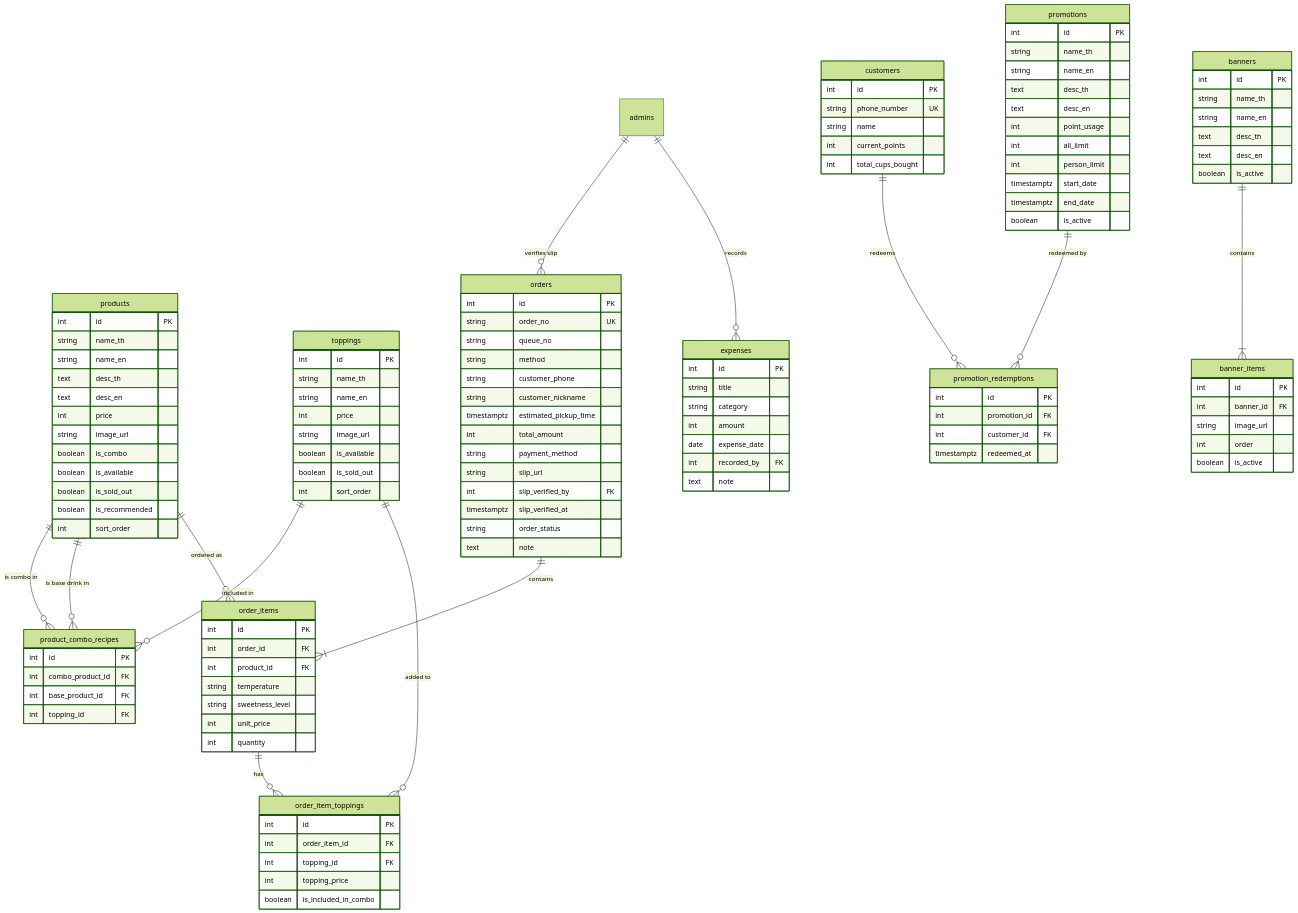
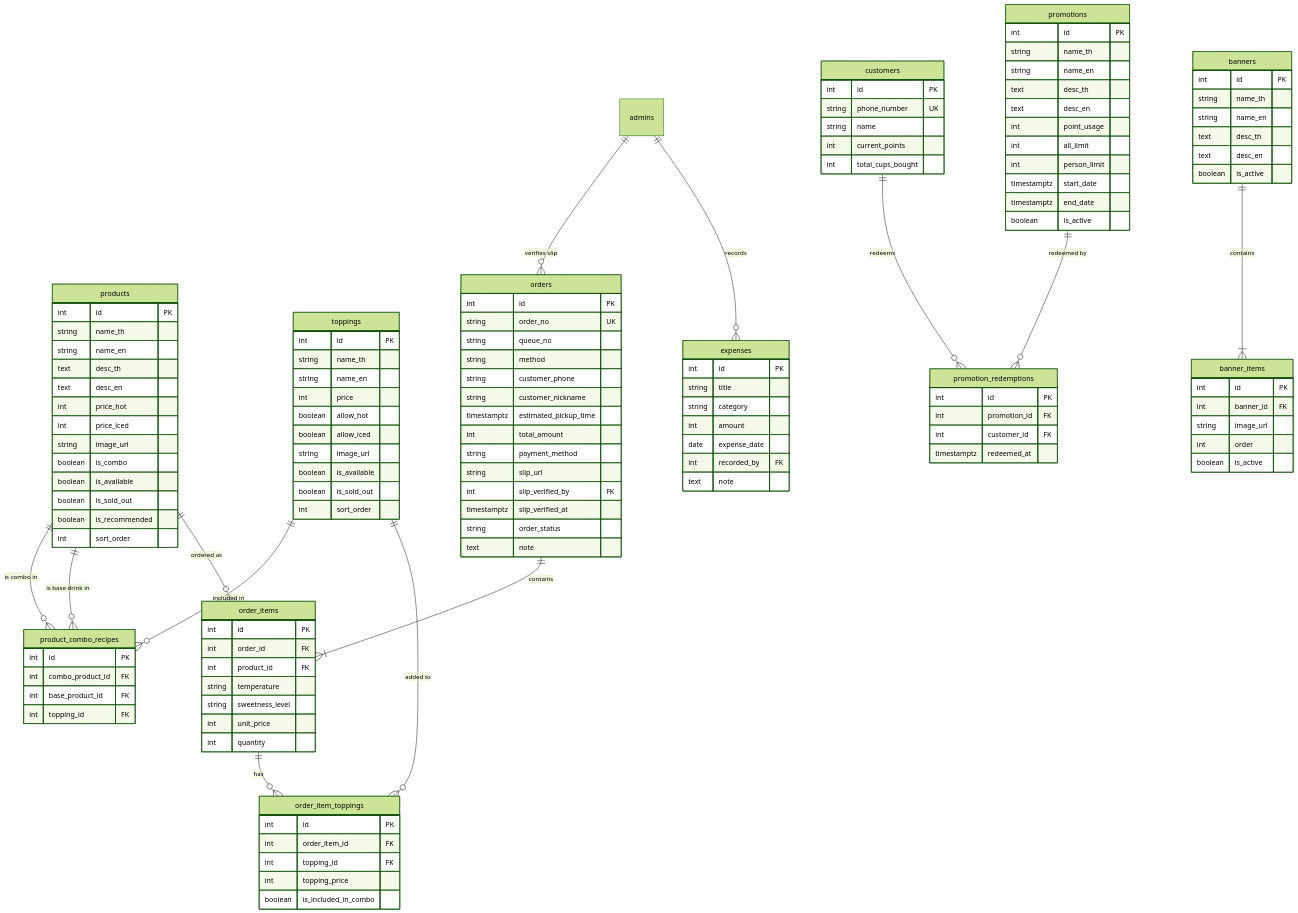
One commit to TongLongRidz/kasetfair-70 changed the diagram in note.md. Above: the diagram before and after it, drawn with Mermaid (forest theme). The commit also changed other lines of this file and 20 other files, not shown here.

```diff
--- a/note.md
+++ b/note.md
@@ -329,7 +363,8 @@
         string name_en
         text desc_th
         text desc_en
-        int price
+        int price_hot
+        int price_iced
         string image_url
         boolean is_combo
         boolean is_available
@@ -350,6 +385,8 @@
         string name_th
         string name_en
         int price
+        boolean allow_hot
+        boolean allow_iced
         string image_url
         boolean is_available
         boolean is_sold_out
```
